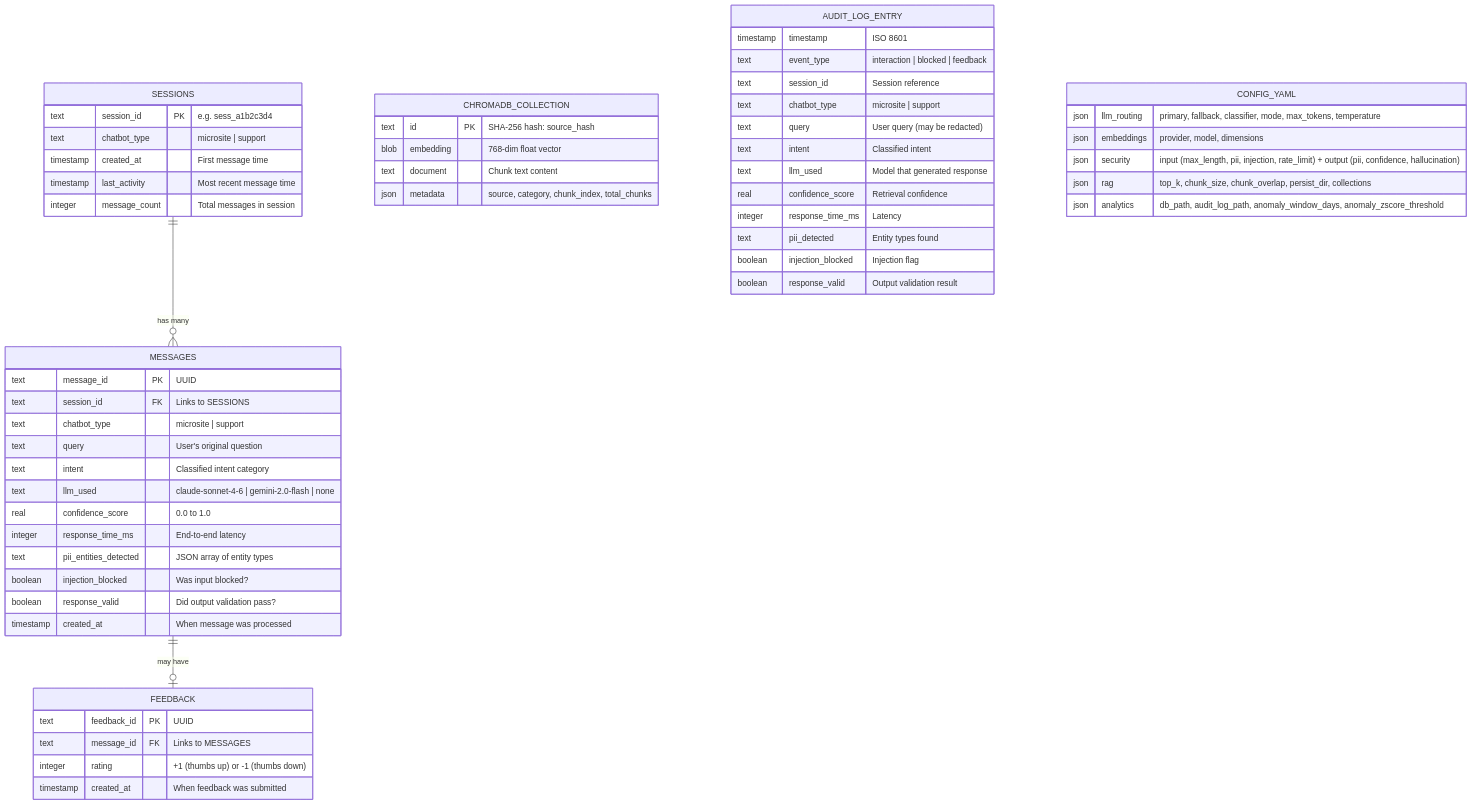
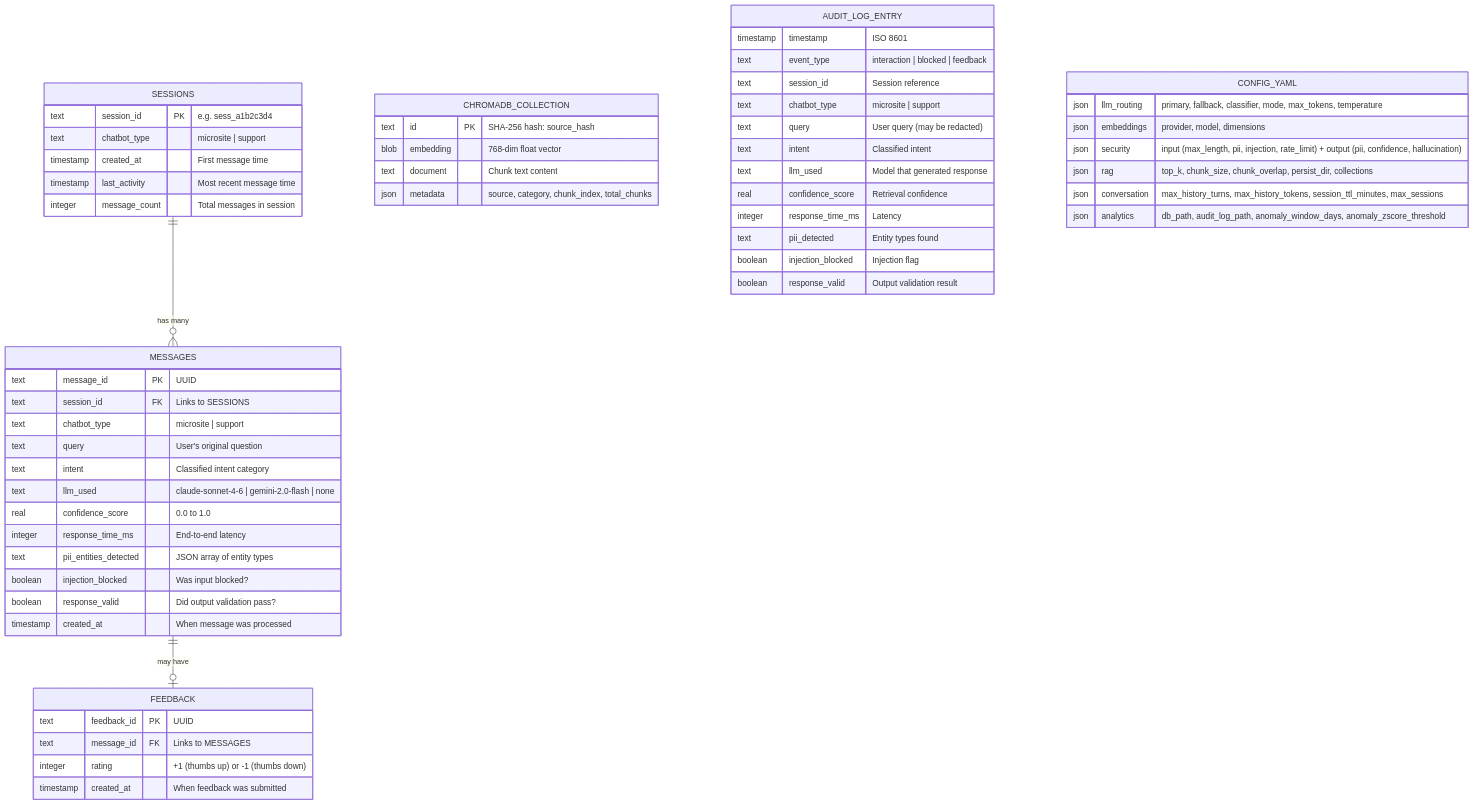
One commit to rajrkdev/ai-lab changed the diagram in prd/docs/diagrams/11-er-data-model.mmd. Above: the diagram before and after it, drawn with Mermaid. The commit also changed 16 other files, not shown here.

```diff
--- a/prd/docs/diagrams/11-er-data-model.mmd
+++ b/prd/docs/diagrams/11-er-data-model.mmd
@@ -1,66 +1,67 @@
 %% InsureChat v3.0 — Entity-Relationship / Data Model Diagram
 %% SQLite tables, ChromaDB collections, JSONL audit log, and config structure
 
 erDiagram
     SESSIONS {
         text session_id PK "e.g. sess_a1b2c3d4"
         text chatbot_type "microsite | support"
         timestamp created_at "First message time"
         timestamp last_activity "Most recent message time"
         integer message_count "Total messages in session"
     }
 
     MESSAGES {
         text message_id PK "UUID"
         text session_id FK "Links to SESSIONS"
         text chatbot_type "microsite | support"
         text query "User's original question"
         text intent "Classified intent category"
         text llm_used "claude-sonnet-4-6 | gemini-2.0-flash | none"
         real confidence_score "0.0 to 1.0"
         integer response_time_ms "End-to-end latency"
         text pii_entities_detected "JSON array of entity types"
         boolean injection_blocked "Was input blocked?"
         boolean response_valid "Did output validation pass?"
         timestamp created_at "When message was processed"
     }
 
     FEEDBACK {
         text feedback_id PK "UUID"
         text message_id FK "Links to MESSAGES"
         integer rating "+1 (thumbs up) or -1 (thumbs down)"
         timestamp created_at "When feedback was submitted"
     }
 
     SESSIONS ||--o{ MESSAGES : "has many"
     MESSAGES ||--o| FEEDBACK : "may have"
 
     CHROMADB_COLLECTION {
         text id PK "SHA-256 hash: source_hash"
         blob embedding "768-dim float vector"
         text document "Chunk text content"
         json metadata "source, category, chunk_index, total_chunks"
     }
 
     AUDIT_LOG_ENTRY {
         timestamp timestamp "ISO 8601"
         text event_type "interaction | blocked | feedback"
         text session_id "Session reference"
         text chatbot_type "microsite | support"
         text query "User query (may be redacted)"
         text intent "Classified intent"
         text llm_used "Model that generated response"
         real confidence_score "Retrieval confidence"
         integer response_time_ms "Latency"
         text pii_detected "Entity types found"
         boolean injection_blocked "Injection flag"
         boolean response_valid "Output validation result"
     }
 
     CONFIG_YAML {
         json llm_routing "primary, fallback, classifier, mode, max_tokens, temperature"
         json embeddings "provider, model, dimensions"
         json security "input (max_length, pii, injection, rate_limit) + output (pii, confidence, hallucination)"
         json rag "top_k, chunk_size, chunk_overlap, persist_dir, collections"
+        json conversation "max_history_turns, max_history_tokens, session_ttl_minutes, max_sessions"
         json analytics "db_path, audit_log_path, anomaly_window_days, anomaly_zscore_threshold"
     }
```
